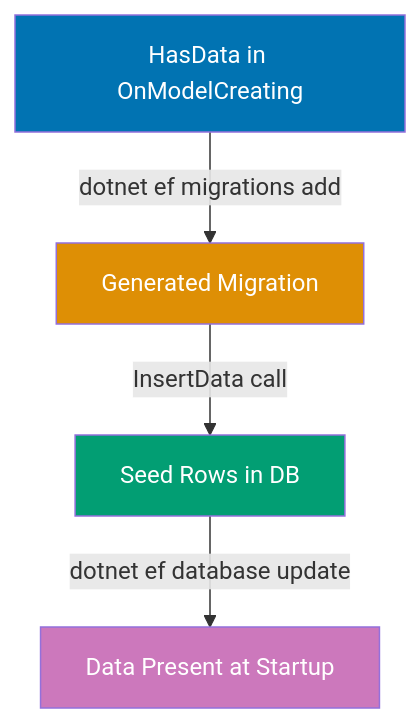
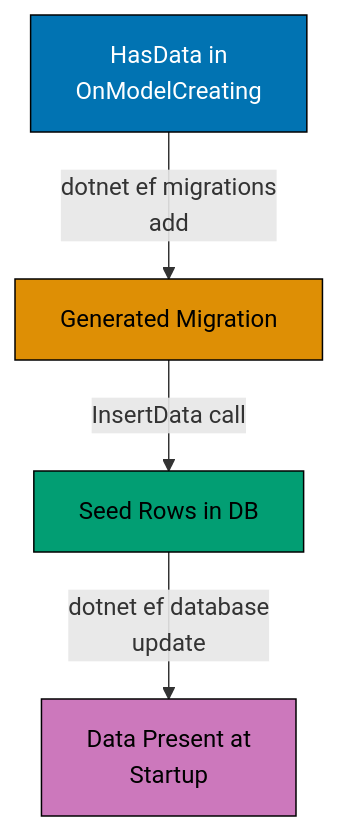
One commit to wahidyankf/ose-public changed the first of 5 diagrams in apps/ayokoding-www/content/en/learn/legacy/software-engineering/data/tools/csharp-ef-core/by-example/intermediate.md. Above: the diagram before and after it, drawn with Mermaid. The commit also changed other lines of this file and 131 other files, not shown here.

First line of the commit message:
fix(mermaid): bring the legacy data, infrastructure, and testing diagrams onto the accessible palette

````diff
--- a/apps/ayokoding-www/content/en/learn/legacy/software-engineering/data/tools/csharp-ef-core/by-example/intermediate.md
+++ b/apps/ayokoding-www/content/en/learn/legacy/software-engineering/data/tools/csharp-ef-core/by-example/intermediate.md
@@ -34,12 +34,19 @@
 ```mermaid
 %% Color Palette: Blue #0173B2, Orange #DE8F05, Teal #029E73, Purple #CC78BC, Brown #CA9161
 graph TD
-    A[HasData in OnModelCreating] -->|dotnet ef migrations add| B[Generated Migration]
+    accTitle: Example 31: Data Seeding with HasData
+    accDescr: Graph with 4 nodes and 3 connections. Nodes: HasData in OnModelCreating, Generated Migration, Seed Rows in DB, Data Present at Startup. Connections: HasData in OnModelCreating to Generated Migration (dotnet ef migrations add), Generated Migration to Seed Rows in DB (InsertData call), Seed Rows in DB to Data Present at Startup (dotnet ef database update).
+    A[HasData in<br/>OnModelCreating] -->|dotnet ef migrations<br/>add| B[Generated Migration]
     B -->|InsertData call| C[Seed Rows in DB]
-    C -->|dotnet ef database update| D[Data Present at Startup]
+    C -->|dotnet ef database<br/>update| D[Data Present at<br/>Startup]
 
-    style A fill:#0173B2,color:#fff
-    style B fill:#DE8F05,color:#fff
-    style C fill:#029E73,color:#fff
-    style D fill:#CC78BC,color:#fff
+    classDef pal-0173B2 fill:#0173B2,stroke:#000000,color:#FFFFFF
+    class A pal-0173B2
+    classDef pal-DE8F05 fill:#DE8F05,stroke:#000000,color:#000000
+    class B pal-DE8F05
+    classDef pal-029E73 fill:#029E73,stroke:#000000,color:#000000
+    class C pal-029E73
+    classDef pal-CC78BC fill:#CC78BC,stroke:#000000,color:#000000
+    class D pal-CC78BC
+    classDef default fill:#FFFFFF,stroke:#000000,color:#000000
 ```
````
